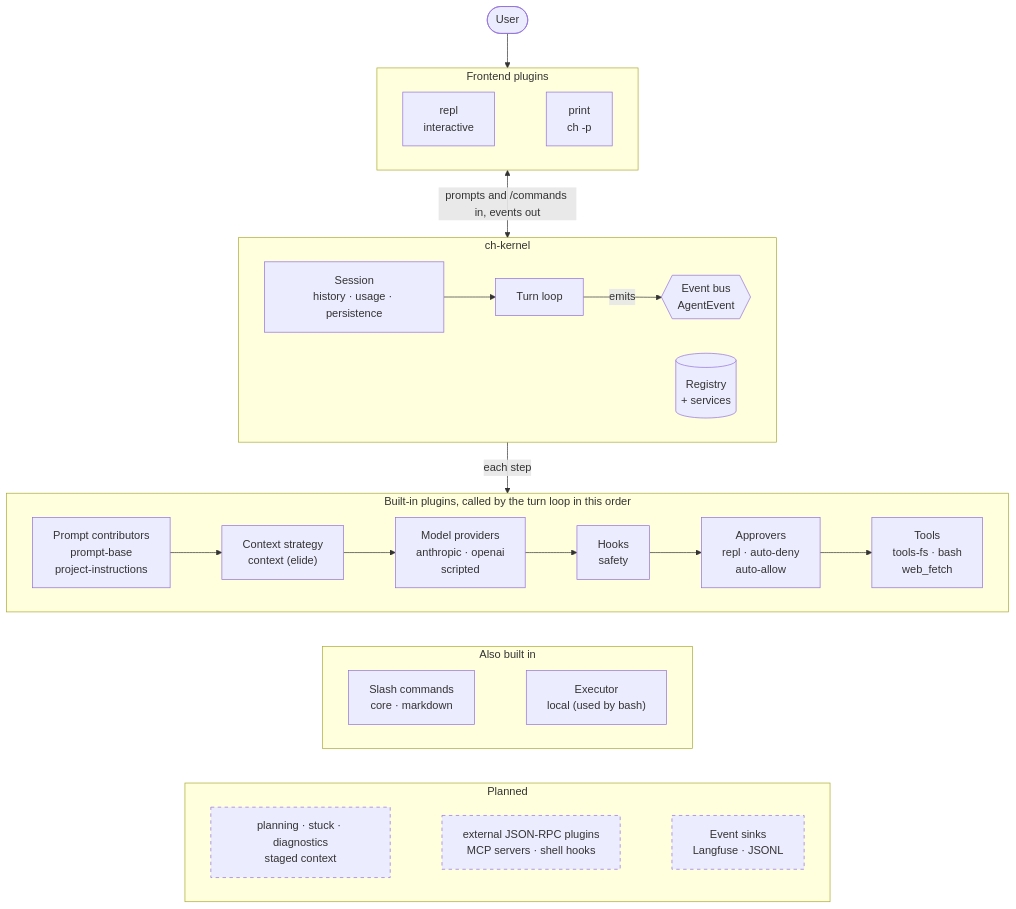
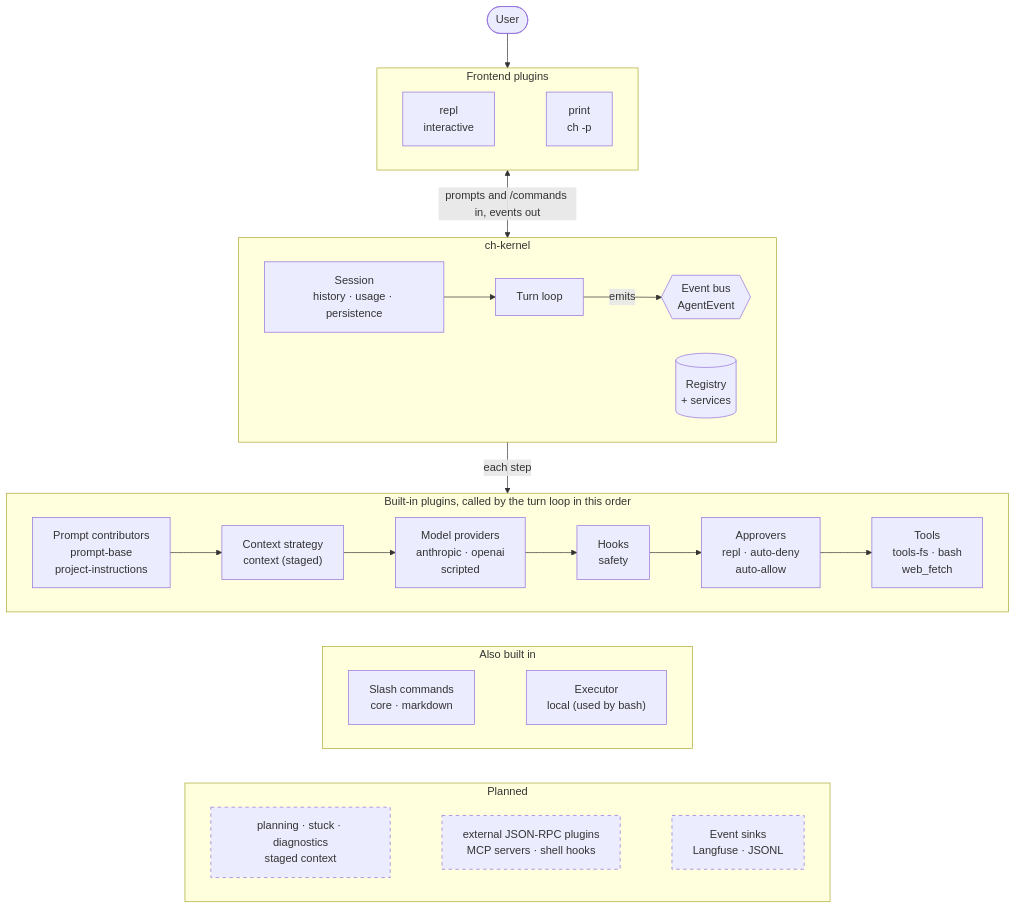
The diagram in README.md (SuperMohit/ch), drawn with Mermaid before and after one commit. The commit also changed other lines of this file and 27 other files, not shown here.

First line of the commit message:
Context management, part 3: summaries, and staged by default (#43)

````diff
--- a/README.md
+++ b/README.md
@@ -197,39 +209,39 @@
 ```mermaid
 flowchart TB
     user(["User"]) --> FE
 
     subgraph FE["Frontend plugins"]
         direction LR
         repl["repl<br/>interactive"] ~~~ print["print<br/>ch -p"]
     end
 
     subgraph K["ch-kernel"]
         direction LR
         session["Session<br/>history · usage · persistence"] --> turn["Turn loop"] -->|emits| bus{{"Event bus<br/>AgentEvent"}}
         reg[("Registry<br/>+ services")]
     end
 
     FE <-->|"prompts and /commands in, events out"| K
 
     subgraph PL["Built-in plugins, called by the turn loop in this order"]
         direction LR
-        prompts["Prompt contributors<br/>prompt-base<br/>project-instructions"] --> ctx["Context strategy<br/>context (elide)"] --> prov["Model providers<br/>anthropic · openai<br/>scripted"] --> hooks["Hooks<br/>safety"] --> appr["Approvers<br/>repl · auto-deny<br/>auto-allow"] --> tools["Tools<br/>tools-fs · bash<br/>web_fetch"]
+        prompts["Prompt contributors<br/>prompt-base<br/>project-instructions"] --> ctx["Context strategy<br/>context (staged)"] --> prov["Model providers<br/>anthropic · openai<br/>scripted"] --> hooks["Hooks<br/>safety"] --> appr["Approvers<br/>repl · auto-deny<br/>auto-allow"] --> tools["Tools<br/>tools-fs · bash<br/>web_fetch"]
     end
 
     subgraph OTHER["Also built in"]
         direction LR
         cmds["Slash commands<br/>core · markdown"] ~~~ exec["Executor<br/>local (used by bash)"]
     end
 
     subgraph NEXT["Planned"]
         direction LR
         harness["planning · stuck · diagnostics<br/>staged context"] ~~~ outside["external JSON-RPC plugins<br/>MCP servers · shell hooks"] ~~~ sinks["Event sinks<br/>Langfuse · JSONL"]
     end
 
     K -->|"each step"| PL
     PL ~~~ OTHER
     OTHER ~~~ NEXT
 
     classDef planned stroke-dasharray: 5 5
     class harness,outside,sinks planned
 ```
````
